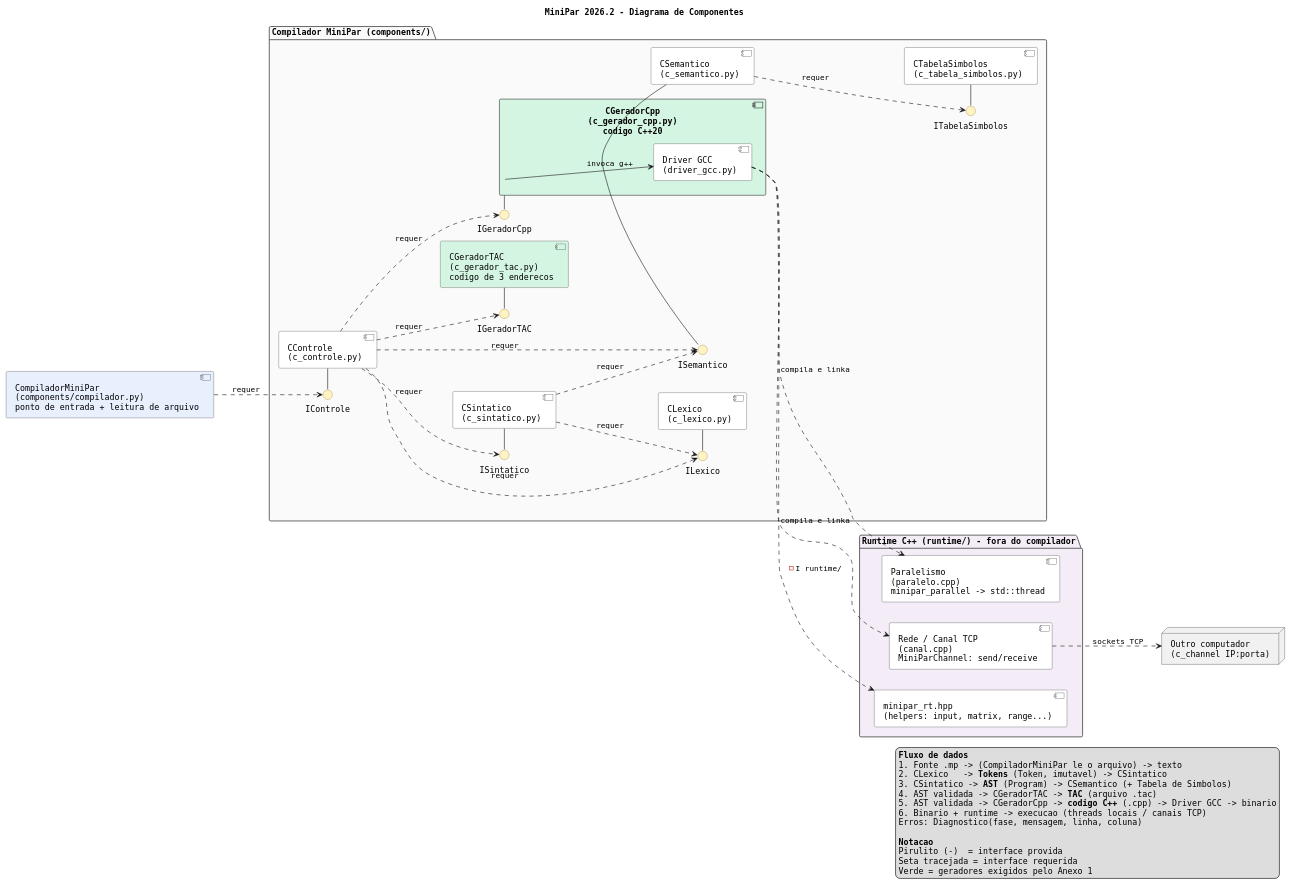
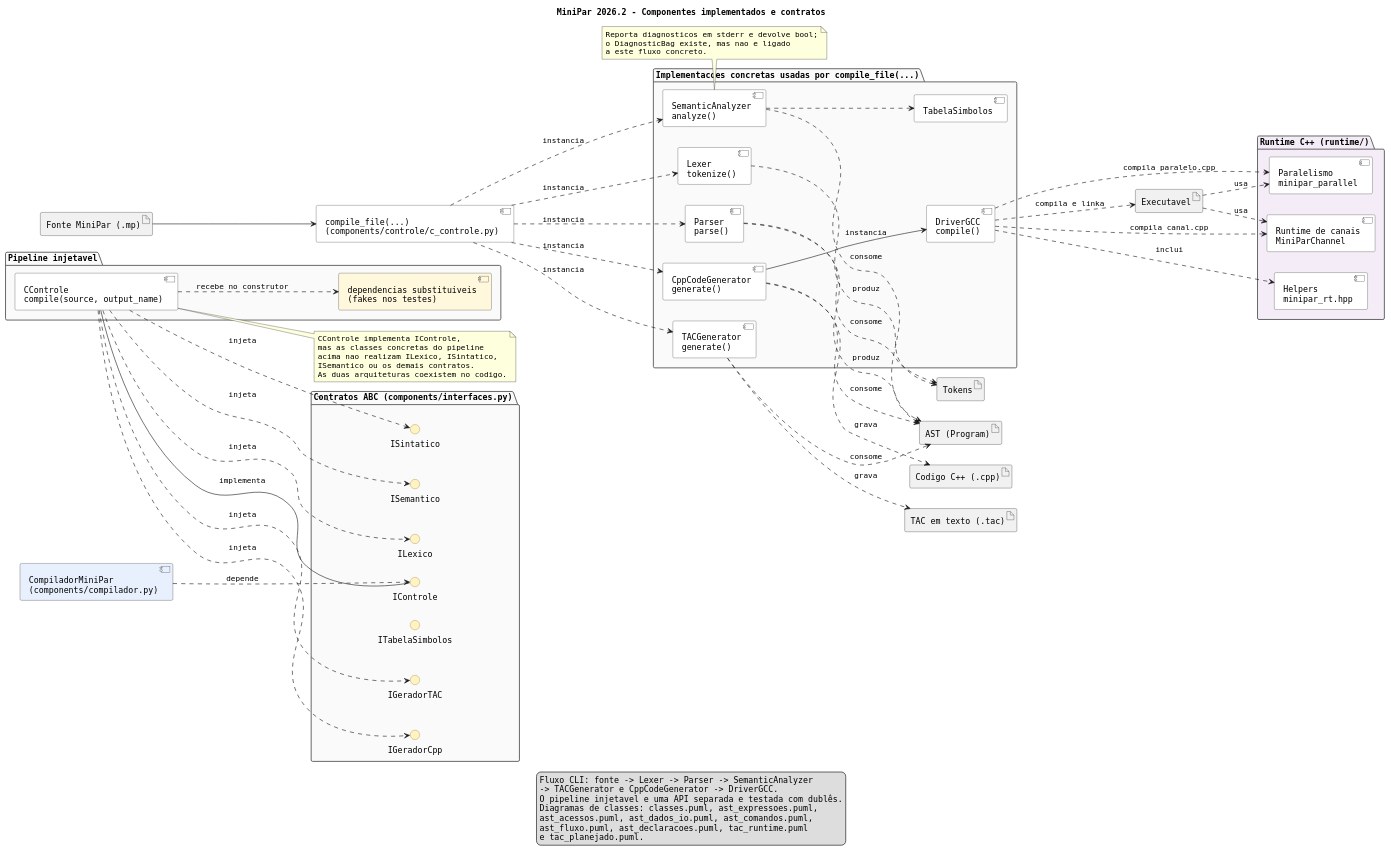
Before and after one commit to johnUFAL/minipar-improvement-2026.2: the diagram in docs/uml/componentes.puml, drawn with PlantUML. The commit also changed 21 other files, not shown here.

First line of the commit message:
docs: complete UML class diagrams for issue 6

```diff
--- a/docs/uml/componentes.puml
+++ b/docs/uml/componentes.puml
@@ -1,112 +1,119 @@
 @startuml componentes
-title MiniPar 2026.2 - Diagrama de Componentes
+title MiniPar 2026.2 - Componentes implementados e contratos
 
 skinparam componentStyle uml2
 skinparam shadowing false
 skinparam defaultFontName Monospaced
 skinparam package {
   BackgroundColor #FAFAFA
   BorderColor #555555
 }
 skinparam component {
   BackgroundColor #FFFFFF
   BorderColor #333333
 }
 skinparam interface {
   BackgroundColor #FFF3C4
   BorderColor #8A6D00
 }
 left to right direction
 
-' Notacao:
-'   Iface - Comp        = interface PROVIDA (lollipop)
-'   Comp ..> Iface      = interface REQUERIDA (socket / dependencia)
+component "CompiladorMiniPar\n(components/compilador.py)" as Compilador #E8F0FE
+component "compile_file(...)\n(components/controle/c_controle.py)" as CompileFile
 
-' ---------------------------------------------------------------
-' Cliente do compilador (fora do modelo de componentes do compilador)
-' ---------------------------------------------------------------
-component "CompiladorMiniPar\n(components/compilador.py)\nponto de entrada + leitura de arquivo" as Compilador #E8F0FE
-
-' ---------------------------------------------------------------
-' Compilador
-' ---------------------------------------------------------------
-package "Compilador MiniPar (components/)" {
-
+package "Contratos ABC (components/interfaces.py)" {
   interface IControle
   interface ILexico
   interface ISintatico
   interface ISemantico
   interface ITabelaSimbolos
   interface IGeradorTAC
   interface IGeradorCpp
-
-  component "CControle\n(c_controle.py)" as Controle
-  component "CLexico\n(c_lexico.py)" as Lexico
-  component "CSintatico\n(c_sintatico.py)" as Sintatico
-  component "CSemantico\n(c_semantico.py)" as Semantico
-  component "CTabelaSimbolos\n(c_tabela_simbolos.py)" as TabelaSimbolos
-  component "CGeradorTAC\n(c_gerador_tac.py)\ncodigo de 3 enderecos" as GeradorTAC #D5F5E3
-
-  component "CGeradorCpp\n(c_gerador_cpp.py)\ncodigo C++20" as GeradorCpp #D5F5E3 {
-    component "Driver GCC\n(driver_gcc.py)" as DriverGCC
-  }
-
-  ' --- interfaces PROVIDAS ---
-  IControle       - Controle
-  ILexico         - Lexico
-  ISintatico      - Sintatico
-  ISemantico      - Semantico
-  ITabelaSimbolos - TabelaSimbolos
-  IGeradorTAC     - GeradorTAC
-  IGeradorCpp     - GeradorCpp
-
-  ' --- interfaces REQUERIDAS ---
-  Sintatico ..> ILexico         : requer
-  Sintatico ..> ISemantico      : requer
-  Semantico ..> ITabelaSimbolos : requer
-
-  Controle  ..> ILexico         : requer
-  Controle  ..> ISintatico      : requer
-  Controle  ..> ISemantico      : requer
-  Controle  ..> IGeradorTAC     : requer
-  Controle  ..> IGeradorCpp     : requer
-
-  ' Driver e detalhe interno do gerador C++ (sem interface propria em interfaces.py)
-  GeradorCpp --> DriverGCC : invoca g++
 }
 
-Compilador ..> IControle : requer
-
-' ---------------------------------------------------------------
-' Fora do compilador: runtime e rede, ligados ao binario gerado
-' ---------------------------------------------------------------
-package "Runtime C++ (runtime/) - fora do compilador" #F4ECF7 {
-  component "Paralelismo\n(paralelo.cpp)\nminipar_parallel -> std::thread" as RTParalelo
-  component "Rede / Canal TCP\n(canal.cpp)\nMiniParChannel: send/receive" as RTRede
-  component "minipar_rt.hpp\n(helpers: input, matrix, range...)" as RTHeader
+package "Pipeline injetavel" {
+  component "CControle\ncompile(source, output_name)" as Controle
+  component "dependencias substituiveis\n(fakes nos testes)" as Injectable #FFF8DC
 }
 
-DriverGCC ..> RTParalelo : compila e linka
-DriverGCC ..> RTRede     : compila e linka
-DriverGCC ..> RTHeader   : -I runtime/
+Controle - IControle : implementa
+Compilador ..> IControle : depende
+Controle ..> ILexico : injeta
+Controle ..> ISintatico : injeta
+Controle ..> ISemantico : injeta
+Controle ..> IGeradorTAC : injeta
+Controle ..> IGeradorCpp : injeta
+Controle ..> Injectable : recebe no construtor
 
-node "Outro computador\n(c_channel IP:porta)" as Remoto
-RTRede ..> Remoto : sockets TCP
+package "Implementacoes concretas usadas por compile_file(...)" {
+  component "Lexer\ntokenize()" as Lexer
+  component "Parser\nparse()" as Parser
+  component "SemanticAnalyzer\nanalyze()" as SemanticAnalyzer
+  component "TabelaSimbolos" as TabelaSimbolos
+  component "TACGenerator\ngenerate()" as TACGenerator
+  component "CppCodeGenerator\ngenerate()" as CppCodeGenerator
+  component "DriverGCC\ncompile()" as DriverGCC
+}
 
-legend right
-  <b>Fluxo de dados</b>
-  1. Fonte .mp -> (CompiladorMiniPar le o arquivo) -> texto
-  2. CLexico   -> <b>Tokens</b> (Token, imutavel) -> CSintatico
-  3. CSintatico -> <b>AST</b> (Program) -> CSemantico (+ Tabela de Simbolos)
-  4. AST validada -> CGeradorTAC -> <b>TAC</b> (arquivo .tac)
-  5. AST validada -> CGeradorCpp -> <b>codigo C++</b> (.cpp) -> Driver GCC -> binario
-  6. Binario + runtime -> execucao (threads locais / canais TCP)
-  Erros: Diagnostico(fase, mensagem, linha, coluna)
+CompileFile ..> Lexer : instancia
+CompileFile ..> Parser : instancia
+CompileFile ..> SemanticAnalyzer : instancia
+CompileFile ..> TACGenerator : instancia
+CompileFile ..> CppCodeGenerator : instancia
+artifact "Tokens" as Tokens
+artifact "AST (Program)" as ASTProgram
+Lexer ..> Tokens : produz
+Parser ..> Tokens : consome
+Parser ..> ASTProgram : produz
+SemanticAnalyzer ..> ASTProgram : consome
+SemanticAnalyzer ..> TabelaSimbolos
+TACGenerator ..> ASTProgram : consome
+CppCodeGenerator ..> ASTProgram : consome
+CppCodeGenerator --> DriverGCC : instancia
 
-  <b>Notacao</b>
-  Pirulito (-)  = interface provida
-  Seta tracejada = interface requerida
-  Verde = geradores exigidos pelo Anexo 1
-end legend
+artifact "Fonte MiniPar (.mp)" as Source
+artifact "TAC em texto (.tac)" as TAC
+artifact "Codigo C++ (.cpp)" as Cpp
+artifact "Executavel" as Executable
 
+Source --> CompileFile
+TACGenerator ..> TAC : grava
+CppCodeGenerator ..> Cpp : grava
+DriverGCC ..> Executable : compila e linka
+
+package "Runtime C++ (runtime/)" #F4ECF7 {
+  component "Runtime de canais\nMiniParChannel" as Channel
+  component "Paralelismo\nminipar_parallel" as Parallel
+  component "Helpers\nminipar_rt.hpp" as RuntimeHeader
+}
+
+DriverGCC ..> Channel : compila canal.cpp
+DriverGCC ..> Parallel : compila paralelo.cpp
+DriverGCC ..> RuntimeHeader : inclui
+Executable ..> Channel : usa
+Executable ..> Parallel : usa
+
+note right of Controle
+  CControle implementa IControle,
+  mas as classes concretas do pipeline
+  acima nao realizam ILexico, ISintatico,
+  ISemantico ou os demais contratos.
+  As duas arquiteturas coexistem no codigo.
+end note
+
+note bottom of SemanticAnalyzer
+  Reporta diagnosticos em stderr e devolve bool;
+  o DiagnosticBag existe, mas nao e ligado
+  a este fluxo concreto.
+end note
+
+legend bottom
+  Fluxo CLI: fonte -> Lexer -> Parser -> SemanticAnalyzer
+  -> TACGenerator e CppCodeGenerator -> DriverGCC.
+  O pipeline injetavel e uma API separada e testada com dublês.
+  Diagramas de classes: classes.puml, ast_expressoes.puml,
+  ast_acessos.puml, ast_dados_io.puml, ast_comandos.puml,
+  ast_fluxo.puml, ast_declaracoes.puml, tac_runtime.puml
+  e tac_planejado.puml.
+endlegend
 @enduml
```
